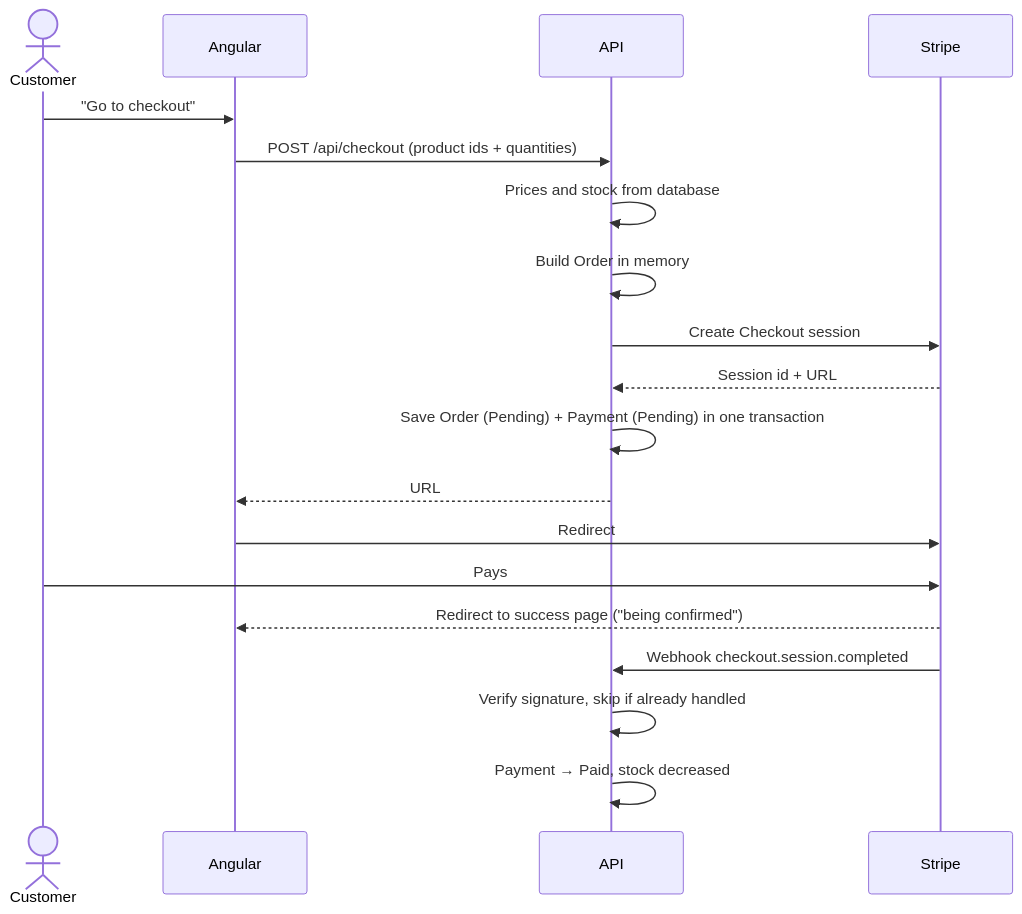
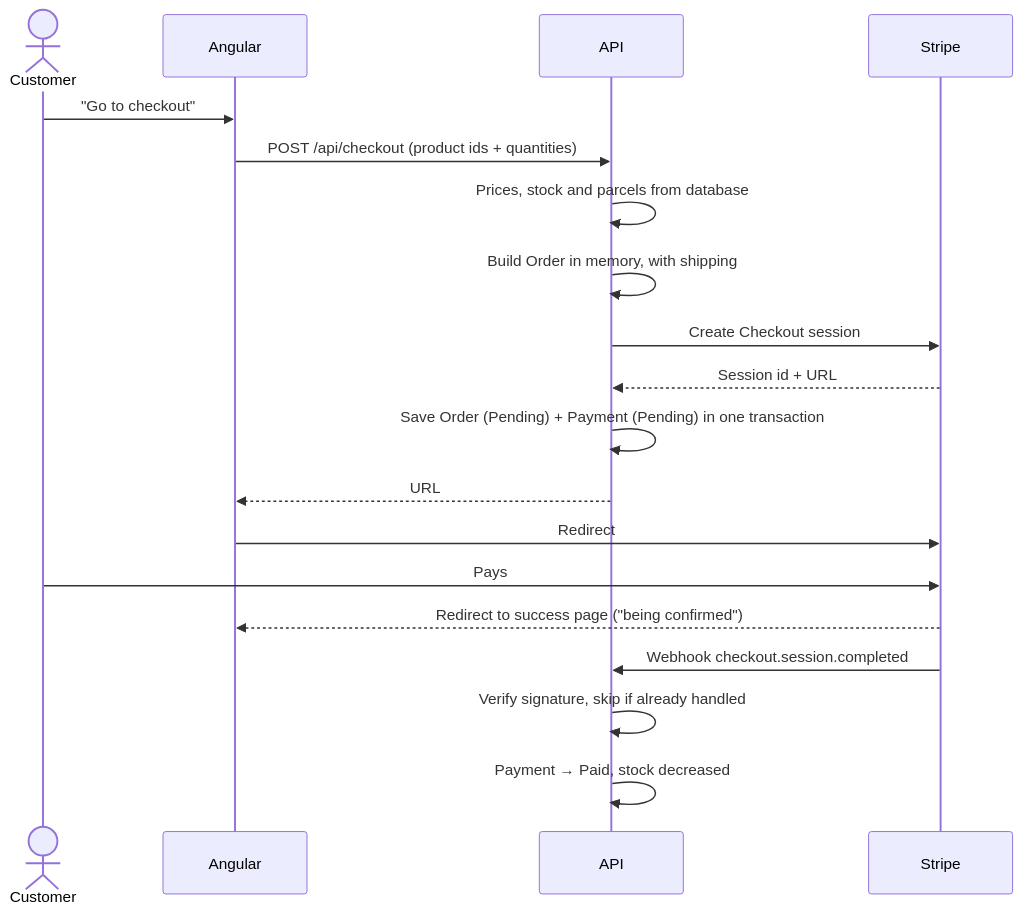
Before and after one commit to HannaJ95/grej: the second of 3 diagrams in docs/architecture.md, drawn with Mermaid. The commit also changed other lines of this file and 6 other files, not shown here.

````diff
--- a/docs/architecture.md
+++ b/docs/architecture.md
@@ -101,22 +101,22 @@
 ```mermaid
 sequenceDiagram
     actor C as Customer
     participant F as Angular
     participant A as API
     participant S as Stripe
 
     C->>F: "Go to checkout"
     F->>A: POST /api/checkout (product ids + quantities)
-    A->>A: Prices and stock from database
-    A->>A: Build Order in memory
+    A->>A: Prices, stock and parcels from database
+    A->>A: Build Order in memory, with shipping
     A->>S: Create Checkout session
     S-->>A: Session id + URL
     A->>A: Save Order (Pending) + Payment (Pending) in one transaction
     A-->>F: URL
     F->>S: Redirect
     C->>S: Pays
     S-->>F: Redirect to success page ("being confirmed")
     S->>A: Webhook checkout.session.completed
     A->>A: Verify signature, skip if already handled
     A->>A: Payment → Paid, stock decreased
 ```
````
